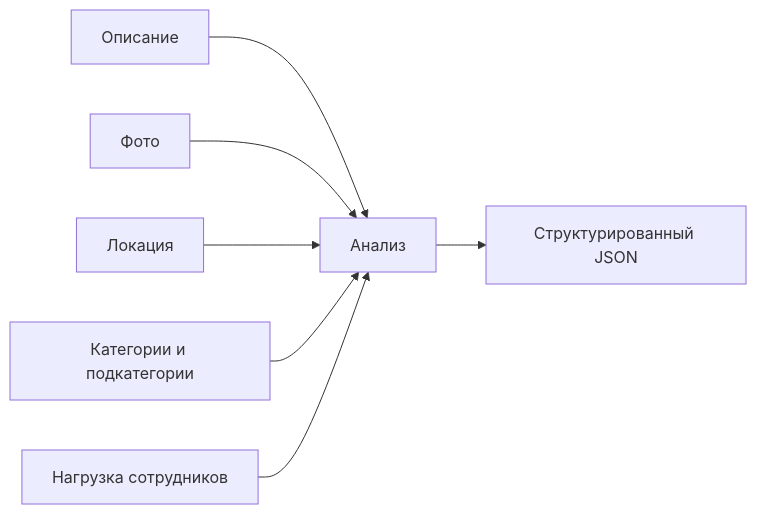
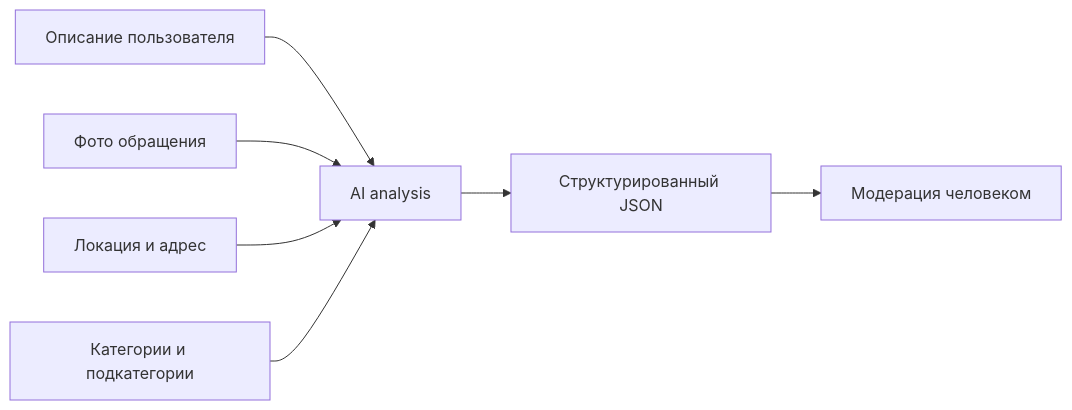
Before and after one commit to yenlikksarybay/cityhelp-diploma: the second of 2 diagrams in README.md, drawn with Mermaid. The commit also changed other lines of this file and 6 other files, not shown here.

````diff
--- a/README.md
+++ b/README.md
@@ -166,9 +213,9 @@
 ```mermaid
 flowchart LR
-  A[Описание] --> D[Анализ]
-  B[Фото] --> D
-  C[Локация] --> D
-  E[Категории и подкатегории] --> D
-  F[Нагрузка сотрудников] --> D
-  D --> G[Структурированный JSON]
+  A[Описание пользователя] --> E[AI analysis]
+  B[Фото обращения] --> E
+  C[Локация и адрес] --> E
+  D[Категории и подкатегории] --> E
+  E --> F[Структурированный JSON]
+  F --> G[Модерация человеком]
 ```
````
